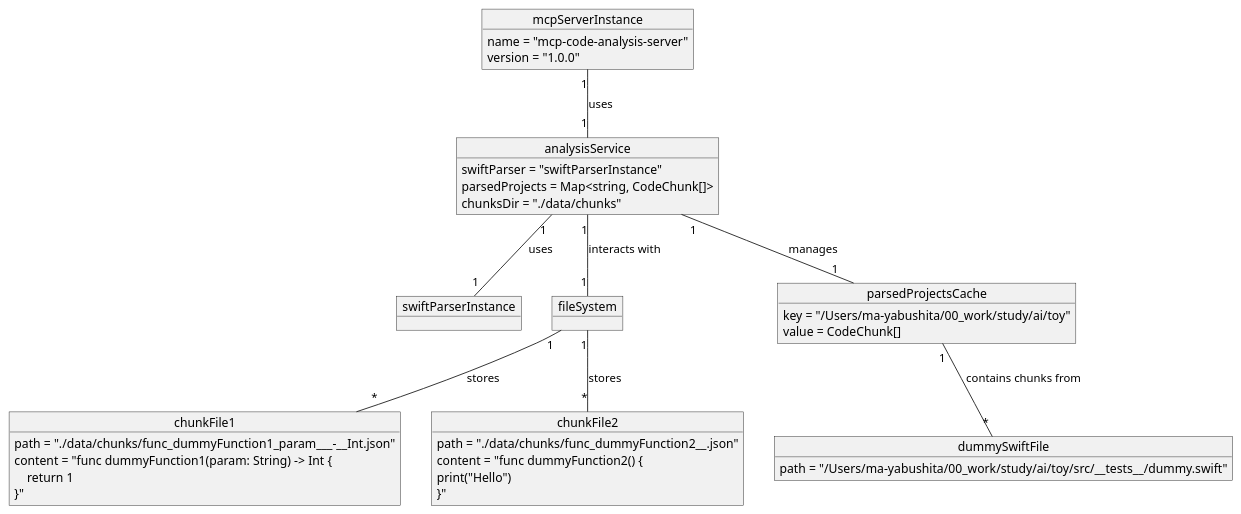
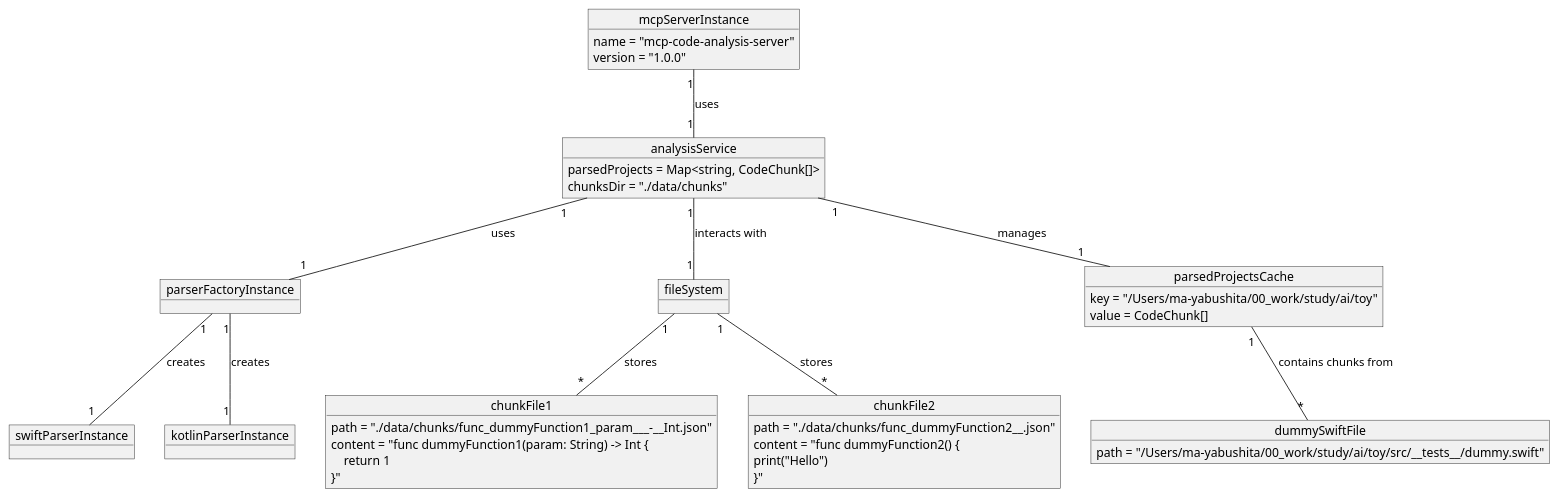
The diagram in doc/diagrams/puml/object_diagram.puml (aoitan/project-analyzer-mcp), drawn with PlantUML before and after one commit. The commit also changed 2 other files, not shown here.

```diff
--- a/doc/diagrams/puml/object_diagram.puml
+++ b/doc/diagrams/puml/object_diagram.puml
@@ -1,47 +1,52 @@
 @startuml
 
 object "mcpServerInstance" as ServerInstance {
   name = "mcp-code-analysis-server"
   version = "1.0.0"
 }
 
 object "analysisService" as ASInstance {
-  swiftParser = "swiftParserInstance"
   parsedProjects = Map<string, CodeChunk[]>
   chunksDir = "./data/chunks"
 }
 
 object "swiftParserInstance" as SPInstance
+
+object "kotlinParserInstance" as KPInstance
+
+object "parserFactoryInstance" as PFInstance
 
 object "fileSystem" as FSInstance
 
 object "parsedProjectsCache" as Cache {
   key = "/Users/ma-yabushita/00_work/study/ai/toy"
   value = CodeChunk[]
 }
 
 object "dummySwiftFile" as DummyFile {
   path = "/Users/ma-yabushita/00_work/study/ai/toy/src/__tests__/dummy.swift"
 }
 
 object "chunkFile1" as ChunkFile1 {
   path = "./data/chunks/func_dummyFunction1_param___-__Int.json"
   content = "func dummyFunction1(param: String) -> Int {\n    return 1\n}"
 }
 
 object "chunkFile2" as ChunkFile2 {
   path = "./data/chunks/func_dummyFunction2__.json"
   content = "func dummyFunction2() {
     print("Hello")
 }"
 }
 
 ServerInstance "1" -- "1" ASInstance : uses
-ASInstance "1" -- "1" SPInstance : uses
+ASInstance "1" -- "1" PFInstance : uses
+PFInstance "1" -- "1" SPInstance : creates
+PFInstance "1" -- "1" KPInstance : creates
 ASInstance "1" -- "1" FSInstance : interacts with
 ASInstance "1" -- "1" Cache : manages
 Cache "1" -- "*" DummyFile : contains chunks from
 FSInstance "1" -- "*" ChunkFile1 : stores
 FSInstance "1" -- "*" ChunkFile2 : stores
 
 @enduml
```
